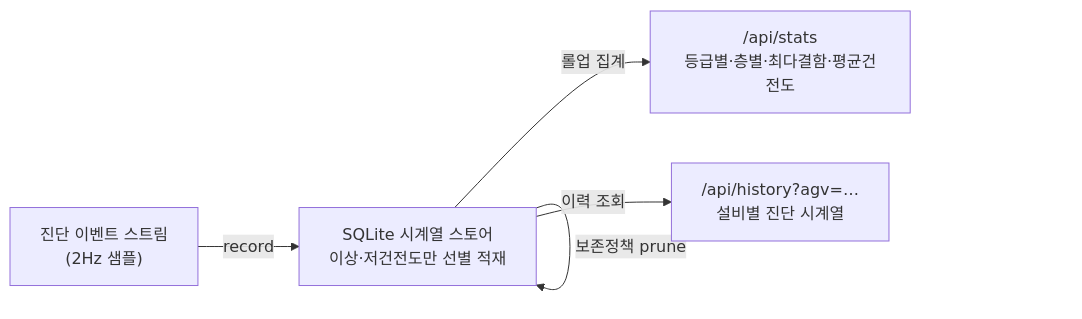
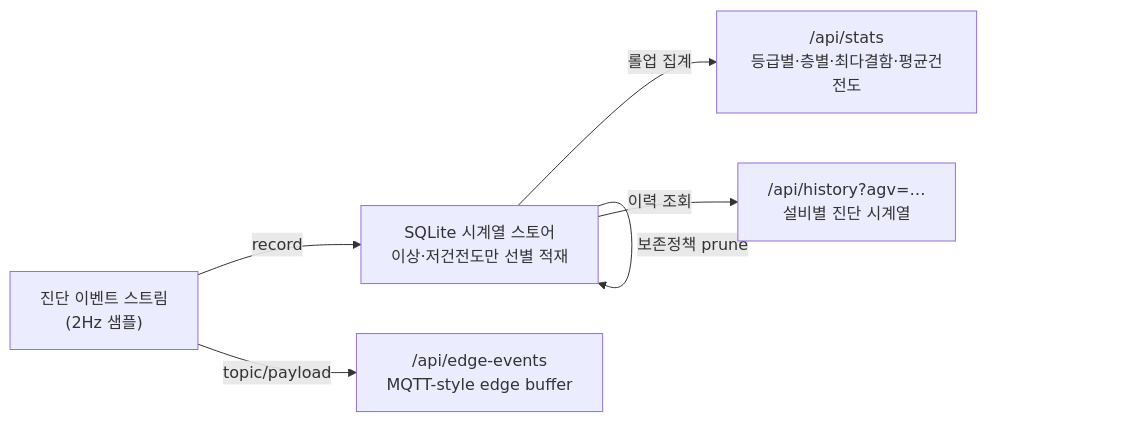
The fourth of 4 diagrams in README.md (JuHyeon-Nam/ServiceRobot_AI), drawn with Mermaid before and after one commit. The commit also changed other lines of this file and 11 other files, not shown here.

Commit message:
feat(edge): add mqtt-style telemetry gateway

````diff
--- a/README.md
+++ b/README.md
@@ -176,7 +177,8 @@
 ```mermaid
 flowchart LR
     T["진단 이벤트 스트림<br/>(2Hz 샘플)"] -->|record| S["SQLite 시계열 스토어<br/>이상·저건전도만 선별 적재"]
     S -->|보존정책 prune| S
     S -->|롤업 집계| A["/api/stats<br/>등급별·층별·최다결함·평균건전도"]
     S -->|이력 조회| H["/api/history?agv=…<br/>설비별 진단 시계열"]
+    T -->|topic/payload| E["/api/edge-events<br/>MQTT-style edge buffer"]
 ```
````
